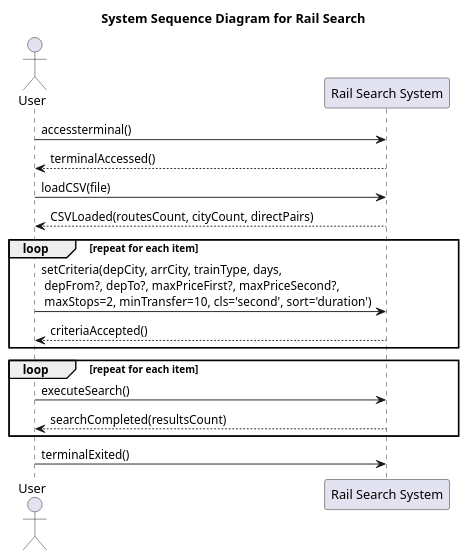
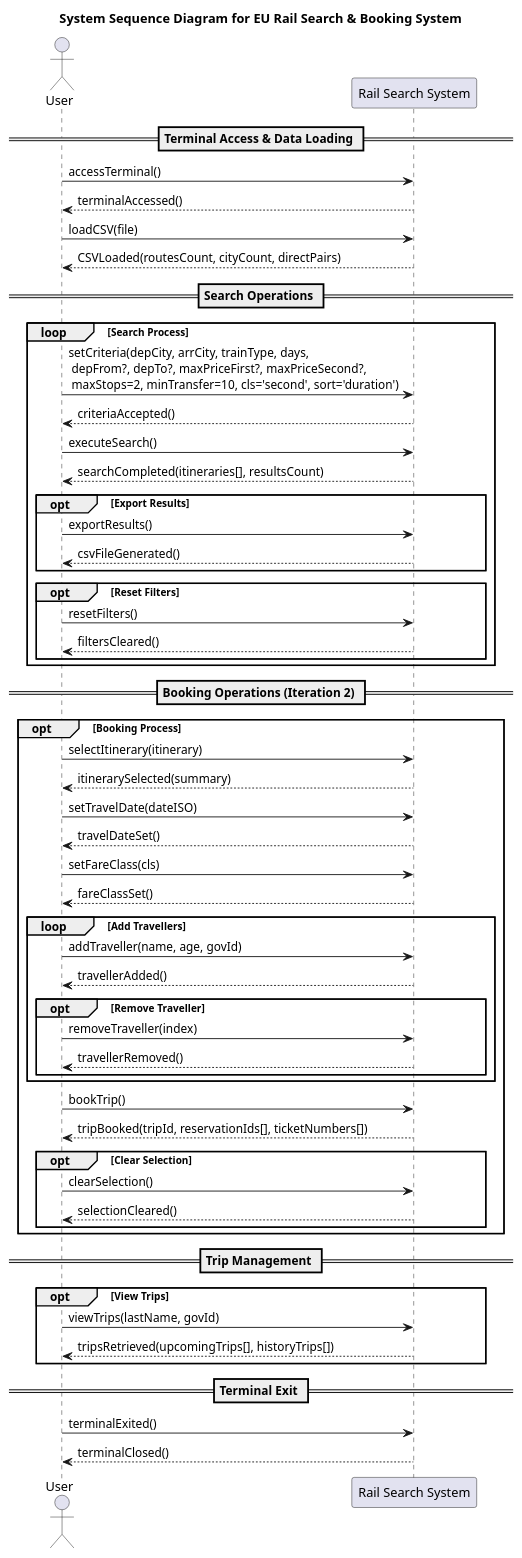
One commit to nicolas-zampieri/SOEN342 changed the diagram in docs/PlantUMLCode/systemSequence.puml. Above: the diagram before and after it, drawn with PlantUML. The commit also changed 2 other files, not shown here.

Commit message:
Enhance system sequence diagram for EU Rail Search & Booking System with detailed search and booking operations

```diff
--- a/docs/PlantUMLCode/systemSequence.puml
+++ b/docs/PlantUMLCode/systemSequence.puml
@@ -1,25 +1,73 @@
 @startuml SystemSequenceDiagram
-title System Sequence Diagram for Rail Search
+title System Sequence Diagram for EU Rail Search & Booking System
 
 actor User as U
 participant "Rail Search System" as System
 
-U -> System : accessterminal()
+== Terminal Access & Data Loading ==
+U -> System : accessTerminal()
 System --> U : terminalAccessed()
+
 U -> System : loadCSV(file)
 System --> U : CSVLoaded(routesCount, cityCount, directPairs)
 
-loop repeat for each item
+== Search Operations ==
+loop Search Process
     U -> System : setCriteria(depCity, arrCity, trainType, days,\n depFrom?, depTo?, maxPriceFirst?, maxPriceSecond?,\n maxStops=2, minTransfer=10, cls='second', sort='duration')
     System --> U : criteriaAccepted()
+    
+    U -> System : executeSearch()
+    System --> U : searchCompleted(itineraries[], resultsCount)
+    
+    opt Export Results
+        U -> System : exportResults()
+        System --> U : csvFileGenerated()
+    end
+    
+    opt Reset Filters
+        U -> System : resetFilters()
+        System --> U : filtersCleared()
+    end
 end
 
-loop repeat for each item
-    U -> System : executeSearch()
-    System --> U : searchCompleted(resultsCount)
+== Booking Operations (Iteration 2) ==
+opt Booking Process
+    U -> System : selectItinerary(itinerary)
+    System --> U : itinerarySelected(summary)
+    
+    U -> System : setTravelDate(dateISO)
+    System --> U : travelDateSet()
+    
+    U -> System : setFareClass(cls)
+    System --> U : fareClassSet()
+    
+    loop Add Travellers
+        U -> System : addTraveller(name, age, govId)
+        System --> U : travellerAdded()
+        
+        opt Remove Traveller
+            U -> System : removeTraveller(index)
+            System --> U : travellerRemoved()
+        end
+    end
+    
+    U -> System : bookTrip()
+    System --> U : tripBooked(tripId, reservationIds[], ticketNumbers[])
+    
+    opt Clear Selection
+        U -> System : clearSelection()
+        System --> U : selectionCleared()
+    end
 end
 
+== Trip Management ==
+opt View Trips
+    U -> System : viewTrips(lastName, govId)
+    System --> U : tripsRetrieved(upcomingTrips[], historyTrips[])
+end
+
+== Terminal Exit ==
 U -> System : terminalExited()
-
+System --> U : terminalClosed()
 
 @enduml
```
